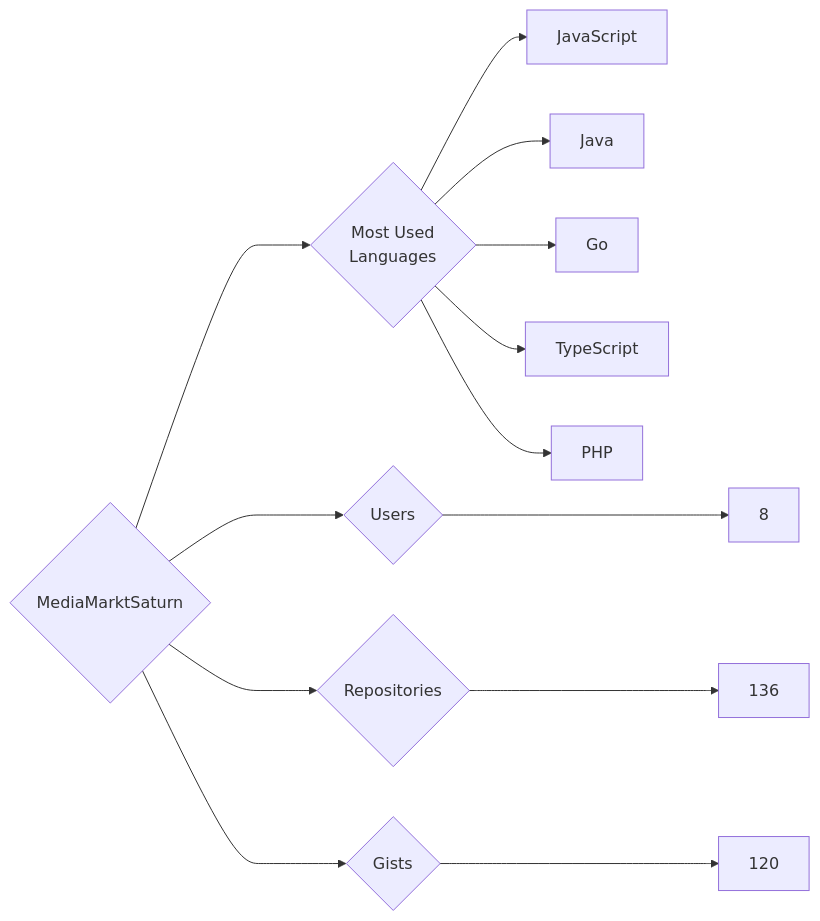
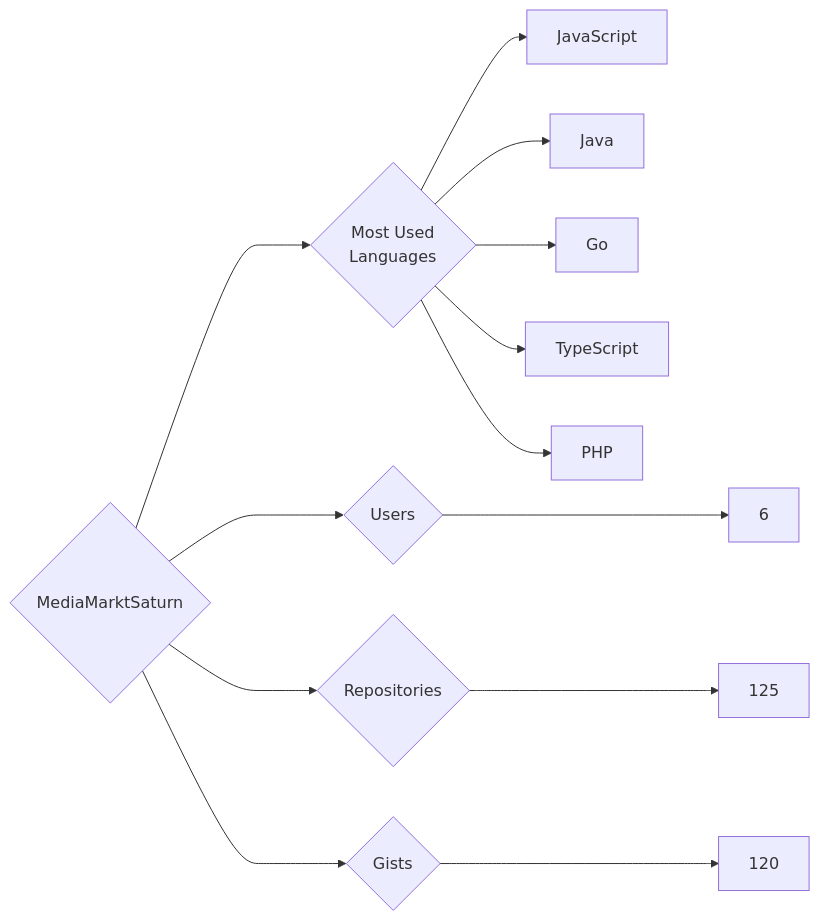
Before and after one commit to trickest/insiders: the diagram in targets/MediaMarktSaturn/README.md, drawn with Mermaid. The commit also changed 1508 other files, not shown here.

````diff
--- a/targets/MediaMarktSaturn/README.md
+++ b/targets/MediaMarktSaturn/README.md
@@ -3,13 +3,13 @@
 ```mermaid
 graph LR
 COMPANY_NAME{MediaMarktSaturn}
-COMPANY_NAME ---> U{Users} ---> UN[8]
-COMPANY_NAME ---> R{Repositories} ---> RN[136]
+COMPANY_NAME ---> U{Users} ---> UN[6]
+COMPANY_NAME ---> R{Repositories} ---> RN[125]
 COMPANY_NAME ---> G{Gists} ---> GN[120]
 COMPANY_NAME ---> ML{Most Used<br>Languages}
 ML --> JavaScript[JavaScript]
 ML --> Java[Java]
 ML --> Go[Go]
 ML --> TypeScript[TypeScript]
 ML --> PHP[PHP]
 ```
````
